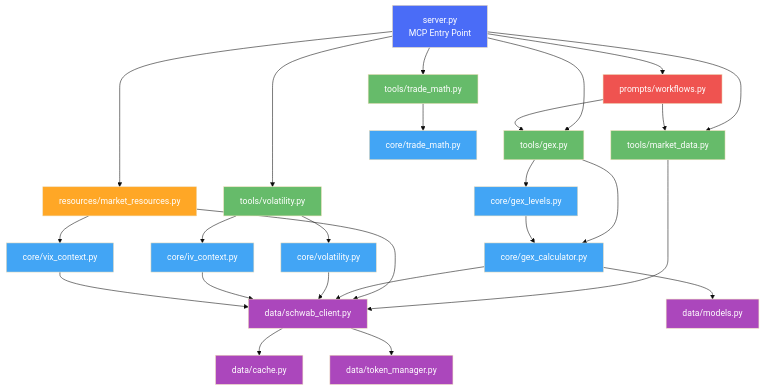
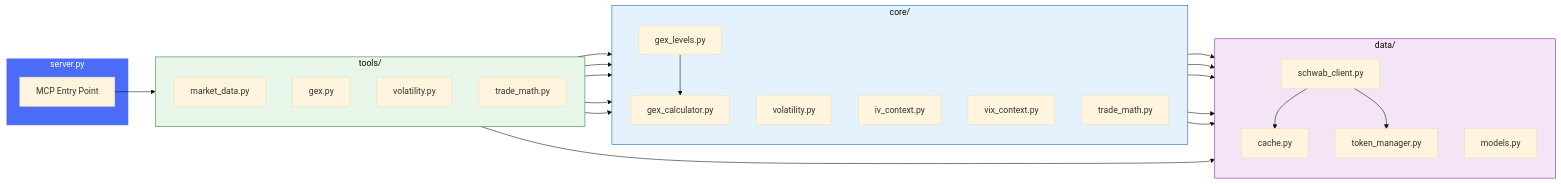
The sixth of 10 diagrams in docs/ARCHITECTURE.md (nsnguyen/thinkorswim_local_mcp), drawn with Mermaid (base theme) before and after one commit. The commit also changed other lines of this file, not shown here.

First line of the commit message:
Redesign Mermaid diagrams for readability

````diff
--- a/docs/ARCHITECTURE.md
+++ b/docs/ARCHITECTURE.md
@@ -378,49 +392,53 @@
 ```mermaid
-graph TD
-    SERVER[server.py<br/>MCP Entry Point] --> TOOLS_MD[tools/market_data.py]
-    SERVER --> TOOLS_GEX[tools/gex.py]
-    SERVER --> TOOLS_VOL[tools/volatility.py]
-    SERVER --> TOOLS_TMATH
-    SERVER --> RES[resources/market_resources.py]
-    SERVER --> PROMPTS[prompts/workflows.py]
+graph LR
+    subgraph Entry["server.py"]
+        S[MCP Entry Point]
+    end
 
-    TOOLS_MD --> CLIENT[data/schwab_client.py]
-    TOOLS_GEX --> GCALC[core/gex_calculator.py]
-    TOOLS_GEX --> GLEV[core/gex_levels.py]
-    TOOLS_VOL --> CVOL[core/volatility.py]
-    TOOLS_VOL --> IVC[core/iv_context.py]
-    TOOLS_TMATH[tools/trade_math.py] --> TMATH[core/trade_math.py]
+    subgraph Tools["tools/"]
+        direction TB
+        TM[market_data.py]
+        TG[gex.py]
+        TV[volatility.py]
+        TT[trade_math.py]
+    end
 
-    RES --> CLIENT
-    RES --> VIX[core/vix_context.py]
-    PROMPTS --> TOOLS_MD
-    PROMPTS --> TOOLS_GEX
+    subgraph Core["core/"]
+        direction TB
+        GC[gex_calculator.py]
+        GL[gex_levels.py]
+        CV[volatility.py]
+        IC[iv_context.py]
+        VX[vix_context.py]
+        MT[trade_math.py]
+    end
 
-    GCALC --> CLIENT
-    GCALC --> MODELS[data/models.py]
-    GLEV --> GCALC
-    CVOL --> CLIENT
-    IVC --> CLIENT
-    VIX --> CLIENT
+    subgraph Data["data/"]
+        direction TB
+        CL[schwab_client.py]
+        MO[models.py]
+        CH[cache.py]
+        TK[token_manager.py]
+    end
 
-    CLIENT --> CACHE[data/cache.py]
-    CLIENT --> TOKEN[data/token_manager.py]
+    S --> Tools
+    TM --> CL
+    TG --> GC
+    TG --> GL
+    TV --> CV
+    TV --> IC
+    TT --> MT
+    GC --> CL
+    GC --> MO
+    GL --> GC
+    CV --> CL
+    IC --> CL
+    VX --> CL
+    CL --> CH
+    CL --> TK
 
-    style SERVER fill:#4a6cf7,color:#fff
-    style TOOLS_MD fill:#66bb6a,color:#fff
-    style TOOLS_GEX fill:#66bb6a,color:#fff
-    style TOOLS_VOL fill:#66bb6a,color:#fff
-    style TOOLS_TMATH fill:#66bb6a,color:#fff
-    style RES fill:#ffa726,color:#fff
-    style PROMPTS fill:#ef5350,color:#fff
-    style GCALC fill:#42a5f5,color:#fff
-    style GLEV fill:#42a5f5,color:#fff
-    style CVOL fill:#42a5f5,color:#fff
-    style IVC fill:#42a5f5,color:#fff
-    style VIX fill:#42a5f5,color:#fff
-    style TMATH fill:#42a5f5,color:#fff
-    style CLIENT fill:#ab47bc,color:#fff
-    style CACHE fill:#ab47bc,color:#fff
-    style TOKEN fill:#ab47bc,color:#fff
-    style MODELS fill:#ab47bc,color:#fff
+    style Entry fill:#4a6cf7,color:#fff
+    style Tools fill:#e8f5e9,stroke:#2e7d32
+    style Core fill:#e3f2fd,stroke:#1565c0
+    style Data fill:#f3e5f5,stroke:#7b1fa2
 ```
````
